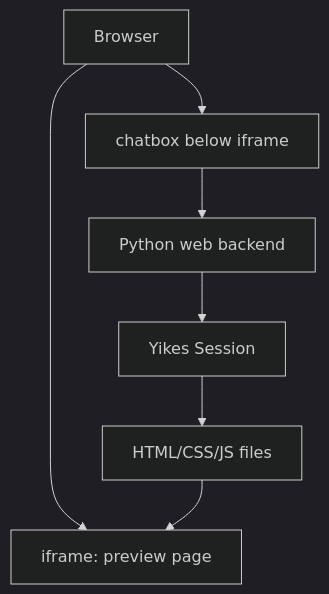
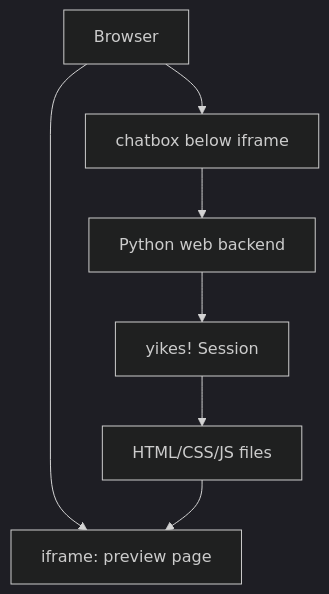
One commit to Alyxion/yikes changed the diagram in docs/embedding.md. Above: the diagram before and after it, drawn with Mermaid (dark theme). The commit also changed other lines of this file and 36 other files, not shown here.

````diff
--- a/docs/embedding.md
+++ b/docs/embedding.md
@@ -32,16 +32,16 @@
 ```mermaid
 flowchart TB
     browser[Browser]
     iframe[iframe: preview page]
     chat[chatbox below iframe]
     api[Python web backend]
-    yikes[Yikes Session]
+    yikes[yikes! Session]
     files[HTML/CSS/JS files]
 
     browser --> iframe
     browser --> chat
     chat --> api
     api --> yikes
     yikes --> files
     files --> iframe
 ```
````
